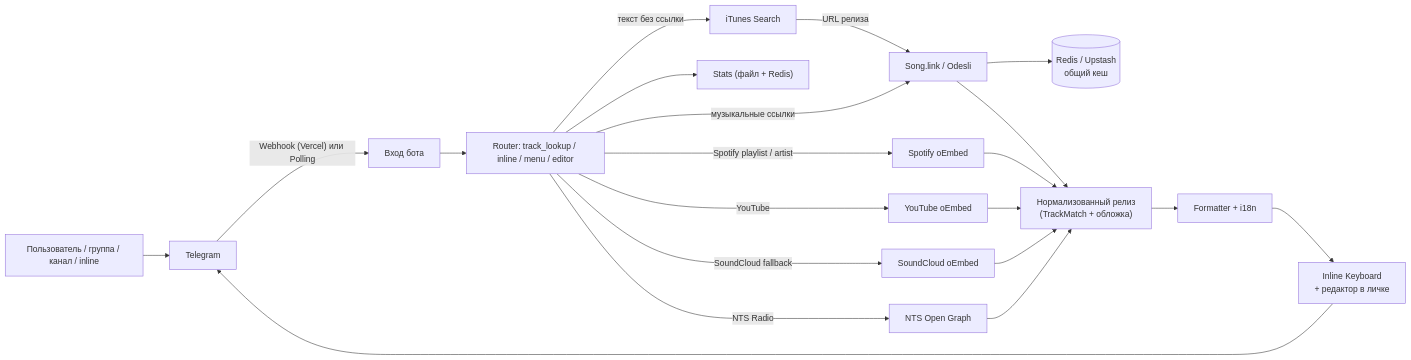
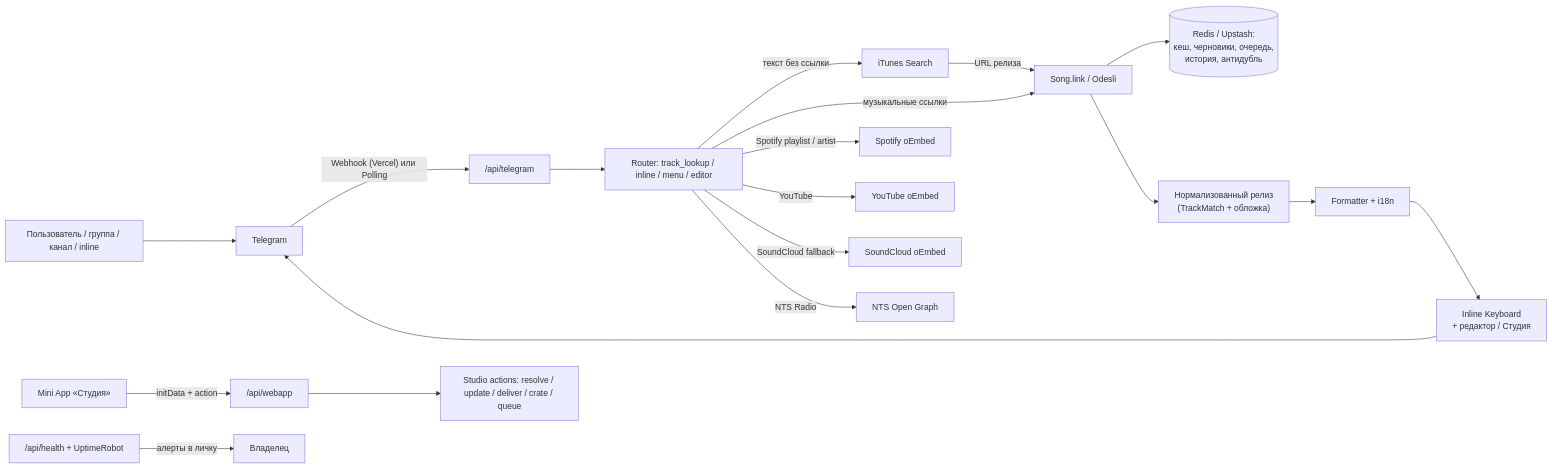
Before and after one commit to StonerHand/stonerhand-soundlinks-bot: the diagram in ARCHITECTURE.ru.md, drawn with Mermaid. The commit also changed other lines of this file and 10 other files, not shown here.

First line of the commit message:
Reliability: CI, /api/health, owner alerts; drop the tonearm

````diff
--- a/ARCHITECTURE.ru.md
+++ b/ARCHITECTURE.ru.md
@@ -7,23 +7,21 @@
 ```mermaid
 flowchart LR
     U["Пользователь / группа / канал / inline"] --> T["Telegram"]
-    T -->|"Webhook (Vercel) или Polling"| H["Вход бота"]
+    MA["Mini App «Студия»"] -->|"initData + action"| WA["/api/webapp"]
+    T -->|"Webhook (Vercel) или Polling"| H["/api/telegram"]
     H --> R["Router: track_lookup / inline / menu / editor"]
+    WA --> R2["Studio actions: resolve / update / deliver / crate / queue"]
     R -->|"текст без ссылки"| SRCH["iTunes Search"]
     SRCH -->|"URL релиза"| S
     R -->|"музыкальные ссылки"| S["Song.link / Odesli"]
     R -->|"Spotify playlist / artist"| O1["Spotify oEmbed"]
     R -->|"YouTube"| O2["YouTube oEmbed"]
     R -->|"SoundCloud fallback"| O3["SoundCloud oEmbed"]
     R -->|"NTS Radio"| O4["NTS Open Graph"]
-    S --> KV[("Redis / Upstash\nобщий кеш")]
+    S --> KV[("Redis / Upstash:\nкеш, черновики, очередь,\nистория, антидубль")]
     S --> N["Нормализованный релиз\n(TrackMatch + обложка)"]
-    O1 --> N
-    O2 --> N
-    O3 --> N
-    O4 --> N
     N --> F["Formatter + i18n"]
-    F --> K["Inline Keyboard\n+ редактор в личке"]
+    F --> K["Inline Keyboard\n+ редактор / Студия"]
     K --> T
-    R --> ST["Stats (файл + Redis)"]
+    HL["/api/health + UptimeRobot"] -->|"алерты в личку"| ADM["Владелец"]
 ```
````
